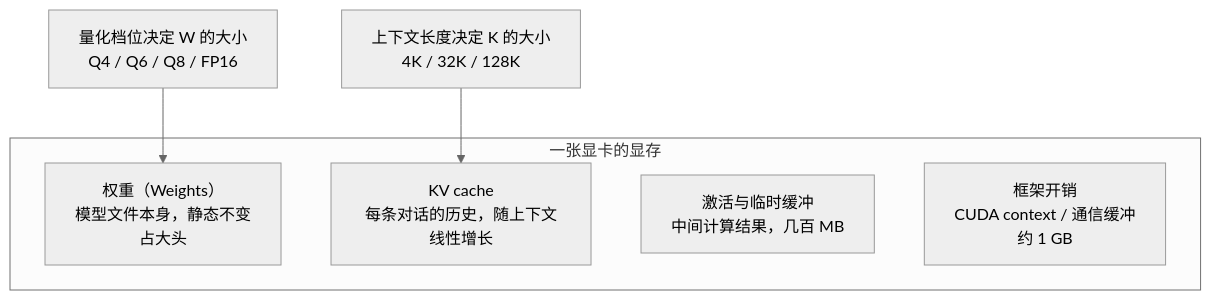
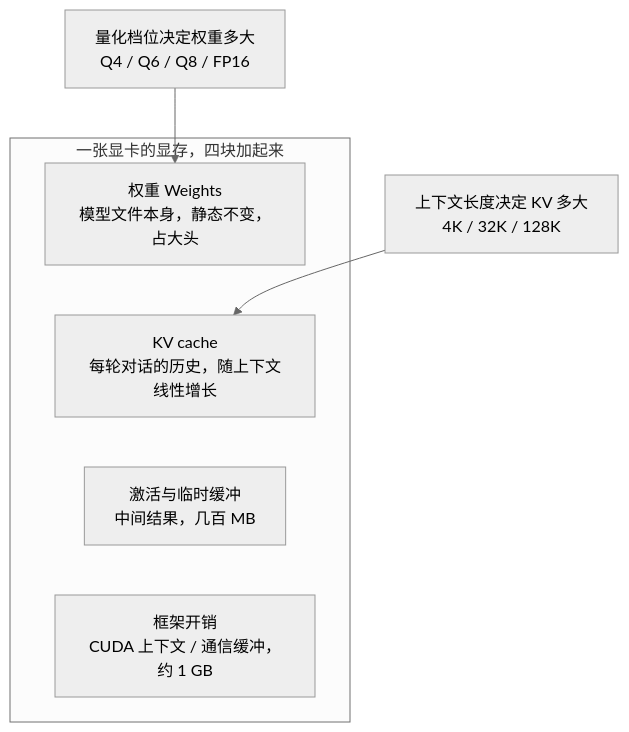
Before and after one commit to lnsyyj/lnsyyj.github.io: the first of 2 diagrams in _posts/2026-10-27-ollama-gpu-buying-guide.md, drawn with Mermaid (neutral theme).

Commit message:
fix(gpu): 显存构成图改用不可见链接纵向堆叠，避免被压到 0.63 缩放

````diff
--- a/_posts/2026-10-27-ollama-gpu-buying-guide.md
+++ b/_posts/2026-10-27-ollama-gpu-buying-guide.md
@@ -29,13 +29,14 @@
 ```mermaid
 flowchart TB
-    subgraph VRAM["一张显卡的显存"]
-        W["权重（Weights）<br/>模型文件本身，静态不变<br/>占大头"]
-        K["KV cache<br/>每条对话的历史，随上下文线性增长"]
-        A["激活与临时缓冲<br/>中间计算结果，几百 MB"]
-        F["框架开销<br/>CUDA context / 通信缓冲<br/>约 1 GB"]
+    subgraph VRAM["一张显卡的显存，四块加起来"]
+        W["权重 Weights<br/>模型文件本身，静态不变，占大头"]
+        K["KV cache<br/>每轮对话的历史，随上下文线性增长"]
+        A["激活与临时缓冲<br/>中间结果，几百 MB"]
+        F["框架开销<br/>CUDA 上下文 / 通信缓冲，约 1 GB"]
+        W ~~~ K ~~~ A ~~~ F
     end
-    Q["量化档位决定 W 的大小<br/>Q4 / Q6 / Q8 / FP16"]
-    L["上下文长度决定 K 的大小<br/>4K / 32K / 128K"]
+    Q["量化档位决定权重多大<br/>Q4 / Q6 / Q8 / FP16"]
+    L["上下文长度决定 KV 多大<br/>4K / 32K / 128K"]
     Q --> W
     L --> K
 ```
````
